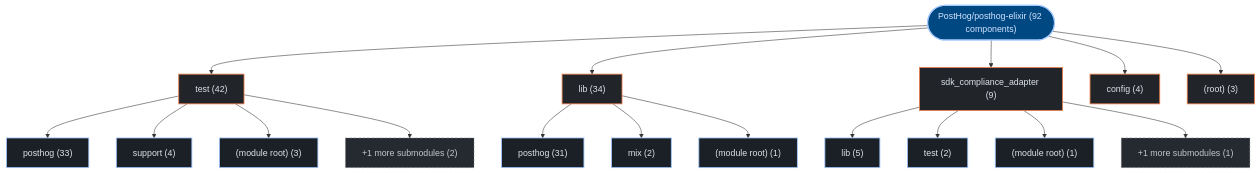
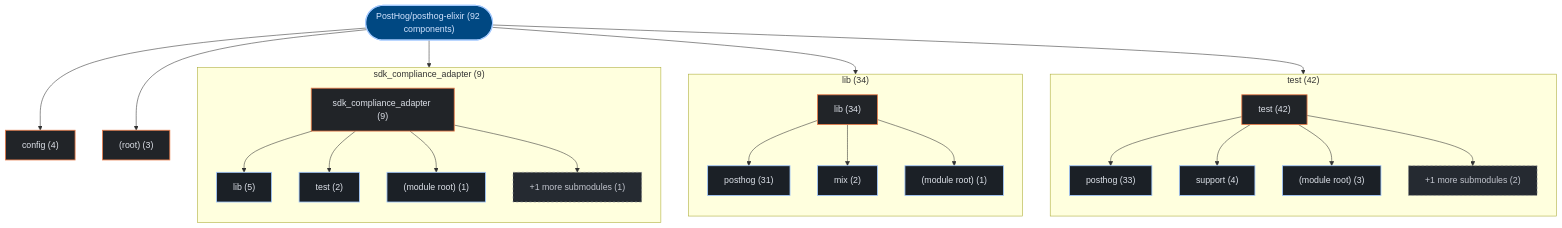
One commit to kumarshaz/atruss-code-atlas changed the first of 3 diagrams in exports/latest/reports/PostHog-posthog-elixir-report.md. Above: the diagram before and after it, drawn with Mermaid. The commit also changed 178 other files, not shown here.

Commit message:
feat(ui,mermaid): upgrade to mermaid v12 + ELK layout, add orgs-summary + pagination, subgraph building blocks, fix tab alignment

````diff
--- a/exports/latest/reports/PostHog-posthog-elixir-report.md
+++ b/exports/latest/reports/PostHog-posthog-elixir-report.md
@@ -42,43 +42,52 @@
 ```mermaid
 graph TD;
   classDef atlasRoot fill:#004882,stroke:#a3c9ff,stroke-width:2px,color:#d3e4ff
   classDef atlasCategory fill:#212428,stroke:#E87A48,stroke-width:1.5px,color:#dfe3eb
   classDef atlasWorkflow fill:#1b2026,stroke:#a3c9ff,stroke-width:1.5px,color:#dfe3eb
   classDef atlasJob fill:#171c22,stroke:#8d9199,stroke-width:1px,color:#dfe3eb
   classDef atlasTarget fill:#005227,stroke:#8bd99b,stroke-width:1.5px,color:#a7f6b6
   classDef atlasAlert fill:#93000a,stroke:#ffb4ab,stroke-width:1.5px,color:#ffdad6
   classDef atlasMore fill:#252a31,stroke:#8d9199,stroke-dasharray:4 4,color:#c3c6cf
     repo_root(["PostHog/posthog-elixir (92 components)"]):::atlasRoot
-    dir_0_test["test (42)"]:::atlasCategory
+    subgraph sg_dir_0_test["test (42)"]
+      direction TB
+      dir_0_test["test (42)"]:::atlasCategory
+      sub_0_0_posthog["posthog (33)"]:::atlasWorkflow
+      dir_0_test --> sub_0_0_posthog
+      sub_0_1_support["support (4)"]:::atlasWorkflow
+      dir_0_test --> sub_0_1_support
+      sub_0_2__module_root_["(module root) (3)"]:::atlasWorkflow
+      dir_0_test --> sub_0_2__module_root_
+      sub_0_more["+1 more submodules (2)"]:::atlasMore
+      dir_0_test --> sub_0_more
+    end
     repo_root --> dir_0_test
-    sub_0_0_posthog["posthog (33)"]:::atlasWorkflow
-    dir_0_test --> sub_0_0_posthog
-    sub_0_1_support["support (4)"]:::atlasWorkflow
-    dir_0_test --> sub_0_1_support
-    sub_0_2__module_root_["(module root) (3)"]:::atlasWorkflow
-    dir_0_test --> sub_0_2__module_root_
-    sub_0_more["+1 more submodules (2)"]:::atlasMore
-    dir_0_test --> sub_0_more
-    dir_1_lib["lib (34)"]:::atlasCategory
+    subgraph sg_dir_1_lib["lib (34)"]
+      direction TB
+      dir_1_lib["lib (34)"]:::atlasCategory
+      sub_1_0_posthog["posthog (31)"]:::atlasWorkflow
+      dir_1_lib --> sub_1_0_posthog
+      sub_1_1_mix["mix (2)"]:::atlasWorkflow
+      dir_1_lib --> sub_1_1_mix
+      sub_1_2__module_root_["(module root) (1)"]:::atlasWorkflow
+      dir_1_lib --> sub_1_2__module_root_
+    end
     repo_root --> dir_1_lib
-    sub_1_0_posthog["posthog (31)"]:::atlasWorkflow
-    dir_1_lib --> sub_1_0_posthog
-    sub_1_1_mix["mix (2)"]:::atlasWorkflow
-    dir_1_lib --> sub_1_1_mix
-    sub_1_2__module_root_["(module root) (1)"]:::atlasWorkflow
-    dir_1_lib --> sub_1_2__module_root_
-    dir_2_sdk_compliance_adapter["sdk_compliance_adapter (9)"]:::atlasCategory
+    subgraph sg_dir_2_sdk_compliance_adapter["sdk_compliance_adapter (9)"]
+      direction TB
+      dir_2_sdk_compliance_adapter["sdk_compliance_adapter (9)"]:::atlasCategory
+      sub_2_0_lib["lib (5)"]:::atlasWorkflow
+      dir_2_sdk_compliance_adapter --> sub_2_0_lib
+      sub_2_1_test["test (2)"]:::atlasWorkflow
+      dir_2_sdk_compliance_adapter --> sub_2_1_test
+      sub_2_2__module_root_["(module root) (1)"]:::atlasWorkflow
+      dir_2_sdk_compliance_adapter --> sub_2_2__module_root_
+      sub_2_more["+1 more submodules (1)"]:::atlasMore
+      dir_2_sdk_compliance_adapter --> sub_2_more
+    end
     repo_root --> dir_2_sdk_compliance_adapter
-    sub_2_0_lib["lib (5)"]:::atlasWorkflow
-    dir_2_sdk_compliance_adapter --> sub_2_0_lib
-    sub_2_1_test["test (2)"]:::atlasWorkflow
-    dir_2_sdk_compliance_adapter --> sub_2_1_test
-    sub_2_2__module_root_["(module root) (1)"]:::atlasWorkflow
-    dir_2_sdk_compliance_adapter --> sub_2_2__module_root_
-    sub_2_more["+1 more submodules (1)"]:::atlasMore
-    dir_2_sdk_compliance_adapter --> sub_2_more
     dir_3_config["config (4)"]:::atlasCategory
     repo_root --> dir_3_config
     dir_4__root_["(root) (3)"]:::atlasCategory
     repo_root --> dir_4__root_
 ```
````
